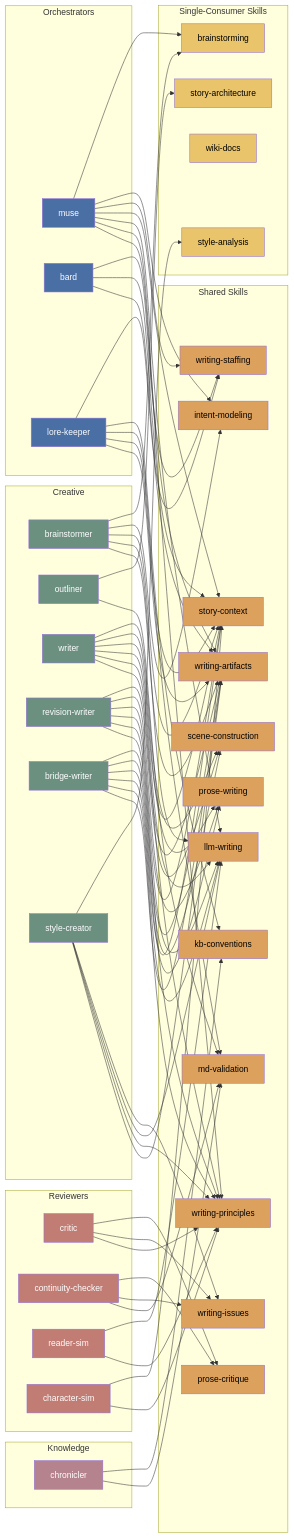
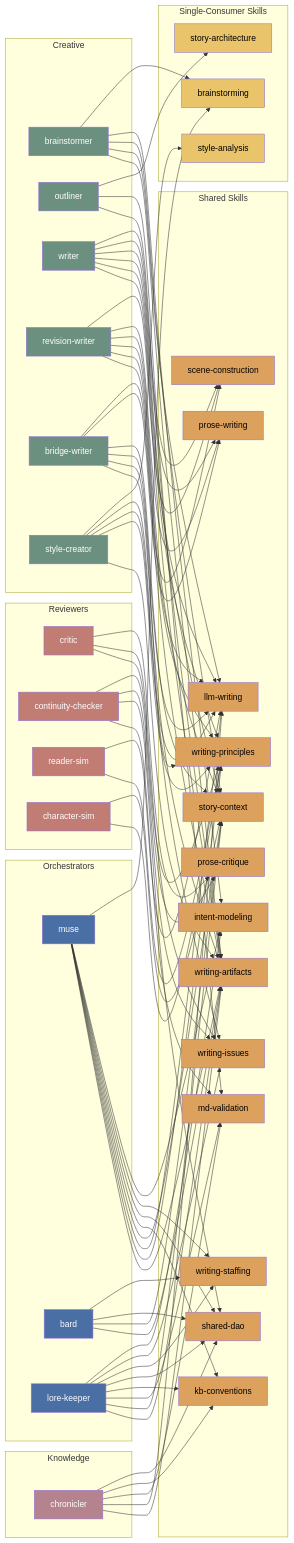
The second of 4 diagrams in docs/architecture.md (haowjy/creative-writing-skills), drawn with Mermaid before and after one commit. The commit also changed other lines of this file and 93 other files, not shown here.

Commit message:
Refine creative writing prompt vocabulary flow

````diff
--- a/docs/architecture.md
+++ b/docs/architecture.md
@@ -82,16 +82,16 @@
         PW[prose-writing]
         SCN[scene-construction]
         KC[kb-conventions]
+        SD[shared-dao]
     end
 
     subgraph "Single-Consumer Skills"
         BRS[brainstorming]
         SA[story-architecture]
-        WD[wiki-docs]
         STYA[style-analysis]
     end
 
-    %% writing-artifacts — 8 agents
+    %% writing-artifacts: 10 agents
     SO --> WA
     DO --> WA
     KO --> WA
@@ -99,9 +99,11 @@
     WR --> WA
     RW --> WA
     BW --> WA
+    OL --> WA
+    CH --> WA
     SC --> WA
 
-    %% writing-principles — 7 agents
+    %% writing-principles: 8 agents
     SO --> WP
     WR --> WP
     RW --> WP
@@ -111,16 +113,17 @@
     RS --> WP
     SC --> WP
 
-    %% llm-writing — 7 agents (from meridian-base)
+    %% llm-writing: 8 agents (from meridian-base)
     SO --> LW
     WR --> LW
     RW --> LW
     BW --> LW
     BS --> LW
     RS --> LW
+    CH --> LW
     SC --> LW
 
-    %% story-context — 8 agents
+    %% story-context: 8 agents
     SO --> SCtx
     DO --> SCtx
     KO --> SCtx
@@ -130,42 +133,52 @@
     BW --> SCtx
     CS --> SCtx
 
-    %% prose-writing — 3 agents
+    %% prose-writing: 3 agents
     WR --> PW
     RW --> PW
     BW --> PW
 
-    %% scene-construction — 3 agents
+    %% scene-construction: 3 agents
     WR --> SCN
     RW --> SCN
     BW --> SCN
 
-    %% md-validation — 3 agents (from meridian-base)
+    %% md-validation: 4 agents (from meridian-base)
     KO --> MV
     CH --> MV
     OL --> MV
     CC --> MV
 
-    %% kb-conventions — 2 agents (from meridian-base)
+    %% kb-conventions: 3 agents (from meridian-base)
+    SO --> KC
     KO --> KC
     CH --> KC
 
-    %% writing-staffing — 3 orchestrators
+    %% shared-dao: 5 agents (from meridian-base)
+    SO --> SD
+    DO --> SD
+    KO --> SD
+    CH --> SD
+    CC --> SD
+
+    %% writing-staffing: 3 orchestrators
     SO --> WS
     DO --> WS
     KO --> WS
 
-    %% writing-issues — 3 agents
+    %% writing-issues: 4 agents
+    KO --> WI
     CR --> WI
     CC --> WI
     SC --> WI
 
-    %% prose-critique — 2 agents
+    %% prose-critique: 2 agents
     CR --> PC
     CC --> PC
 
-    %% intent-modeling — 2 agents (from meridian-base)
+    %% intent-modeling: 3 agents (from meridian-base)
     SO --> IM
+    KO --> IM
     BS --> IM
 
     %% single-consumer skills
@@ -185,6 +198,6 @@
     class BS,OL,WR,RW,BW,SC creative
     class CR,CC,RS,CS review
     class CH knowledge
-    class WA,MV,WP,SCtx,WS,WI,PC,IM,LW,PW,SCN,KC sharedSkill
-    class BRS,SA,WD,STYA soloSkill
+    class WA,MV,WP,SCtx,WS,WI,PC,IM,LW,PW,SCN,KC,SD sharedSkill
+    class BRS,SA,STYA soloSkill
 ```
````
